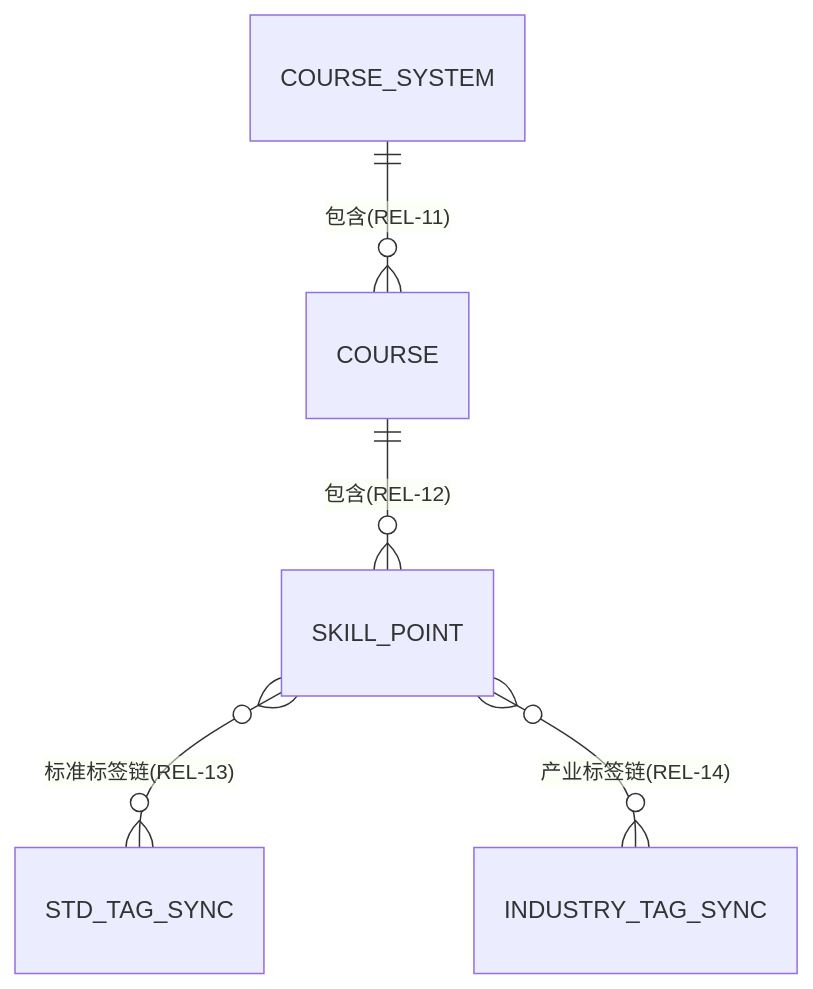
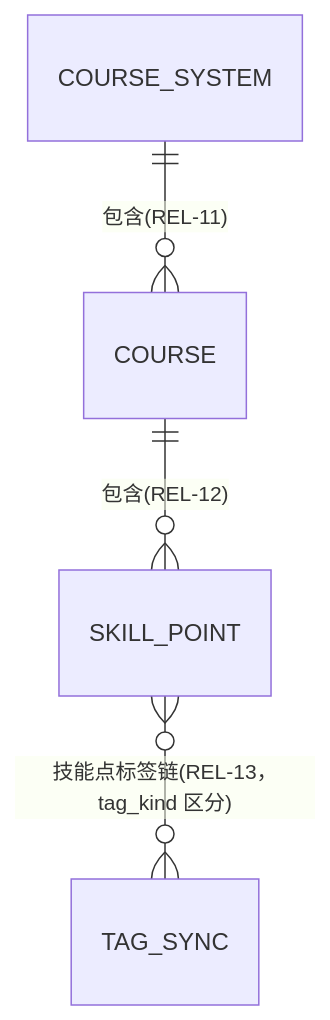
One commit to yjxHli/AI-Practical-Project changed the fourth of 4 diagrams in db-design.md. Above: the diagram before and after it, drawn with Mermaid. The commit also changed other lines of this file and 1 other file, not shown here.

````diff
--- a/db-design.md
+++ b/db-design.md
@@ -158,7 +150,6 @@
 ```mermaid
 erDiagram
     COURSE_SYSTEM ||--o{ COURSE : "包含(REL-11)"
     COURSE ||--o{ SKILL_POINT : "包含(REL-12)"
-    SKILL_POINT }o--o{ STD_TAG_SYNC : "标准标签链(REL-13)"
-    SKILL_POINT }o--o{ INDUSTRY_TAG_SYNC : "产业标签链(REL-14)"
+    SKILL_POINT }o--o{ TAG_SYNC : "技能点标签链(REL-13，tag_kind 区分)"
 ```
````
